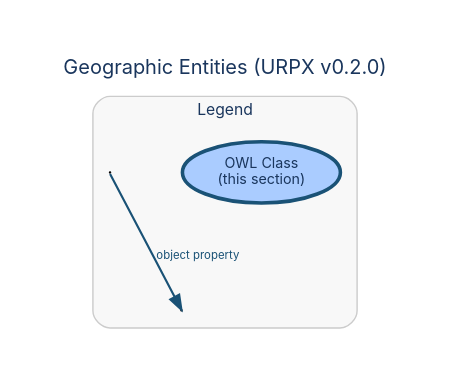
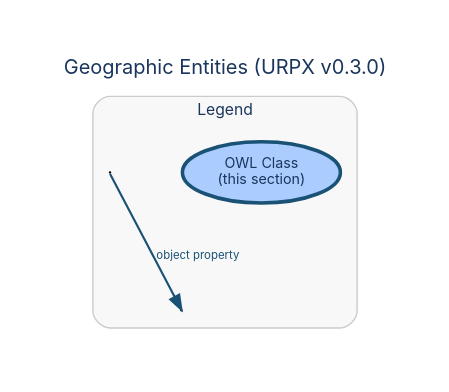
The diagram in documentation/diagrams/dictionary/geographic-entities.dot (urpx-org/urpx), drawn with Graphviz before and after one commit. The commit also changed 52 other files, not shown here.

First line of the commit message:
Reword ambiguous bare "rate" in ontology annotations to "rate plan," "price," or "cost", Regenerate data dictionary and diagrams for v0.3.0; add v0.3.0 release notes draft

```diff
--- a/documentation/diagrams/dictionary/geographic-entities.dot
+++ b/documentation/diagrams/dictionary/geographic-entities.dot
@@ -1,36 +1,36 @@
 digraph "Geographic Entities" {
     rankdir=TB;
     bgcolor="white";
     pad=0.4;
     nodesep=0.7;
     ranksep=0.9;
     fontname="Inter, Helvetica, Arial, sans-serif";
-    label="Geographic Entities (URPX v0.2.0)";
+    label="Geographic Entities (URPX v0.3.0)";
     labelloc="t";
     fontsize=14;
     fontcolor="#1a365d";
     node [fontname="Inter, Helvetica, Arial, sans-serif", fontsize=10, style=filled, fontcolor="#1a365d"];
     edge [fontname="Inter, Helvetica, Arial, sans-serif", fontsize=8, fontcolor="#1a365d"];
 
     // Section classes
 
     // Object property edges
 
     // Layout-specified rank groups
 
     subgraph cluster_legend {
         label="Legend";
         fontname="Inter, Helvetica, Arial, sans-serif";
         fontsize=11;
         fontcolor="#1a365d";
         style=rounded;
         color="#cccccc";
         bgcolor="#f8f8f8";
         margin=12;
 
         leg_class [label="OWL Class\n(this section)", shape=ellipse, fillcolor="#aaccff", color="#1a5276", penwidth=2.5];
         leg_src [label=" ", shape=point, width=0.01];
         leg_tgt1 [label=" ", shape=point, width=0.01];
         leg_src -> leg_tgt1 [label="object property", color="#1a5276", fontcolor="#1a5276", penwidth=1.5];
     }
 }
```
